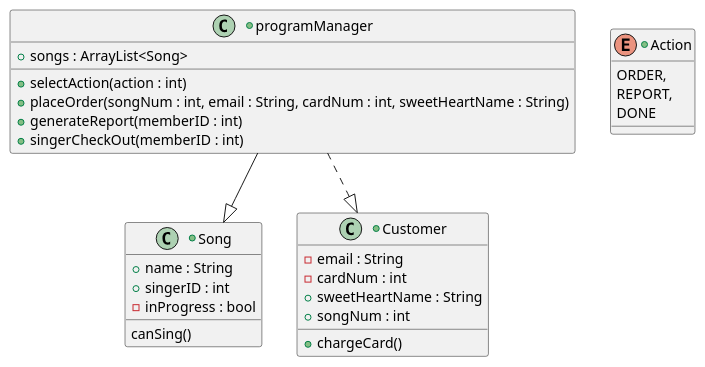
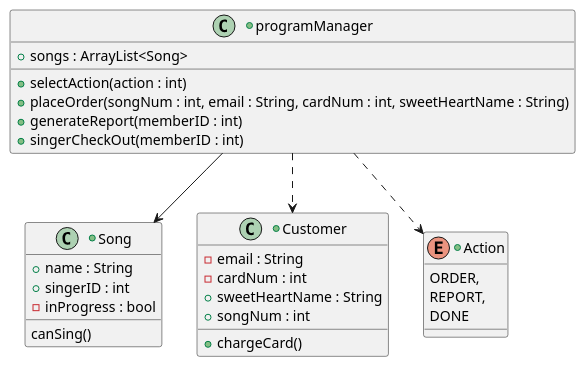
Before and after one commit to pjc0210/csse374-hw1: the diagram in src/Customer.puml, drawn with PlantUML.

Commit message:
UML diagram update

```diff
--- a/src/Customer.puml
+++ b/src/Customer.puml
@@ -1,32 +1,34 @@
 @startuml
 'https://plantuml.com/class-diagram
 
 +class programManager {
 + songs : ArrayList<Song>
 + selectAction(action : int)
 + placeOrder(songNum : int, email : String, cardNum : int, sweetHeartName : String)
 + generateReport(memberID : int)
 + singerCheckOut(memberID : int)
 }
 +class Song {
     +name : String
     +singerID : int
     -inProgress : bool
     canSing()
 }
 +class Customer {
 - email : String
 - cardNum : int
 + sweetHeartName : String
 + songNum : int
 + chargeCard()
 }
 
 +enum Action {
 ORDER,
 REPORT,
 DONE
 }
-programManager --|> Song
-programManager ..|> Customer
+
+programManager ..> Action
+programManager --> Song
+programManager ..> Customer
 @enduml
```
